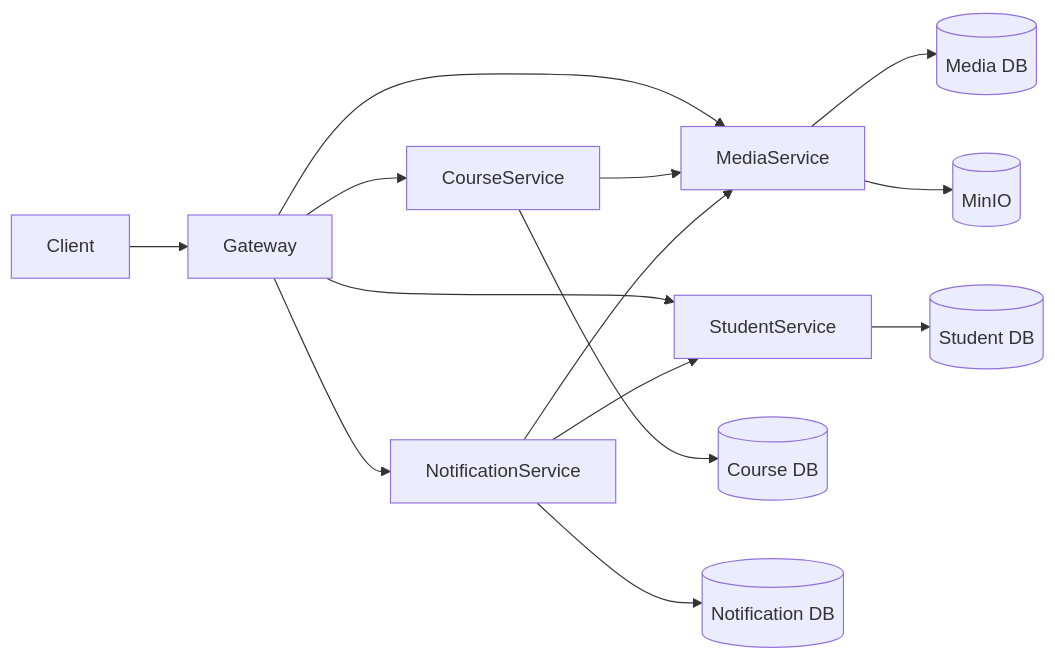
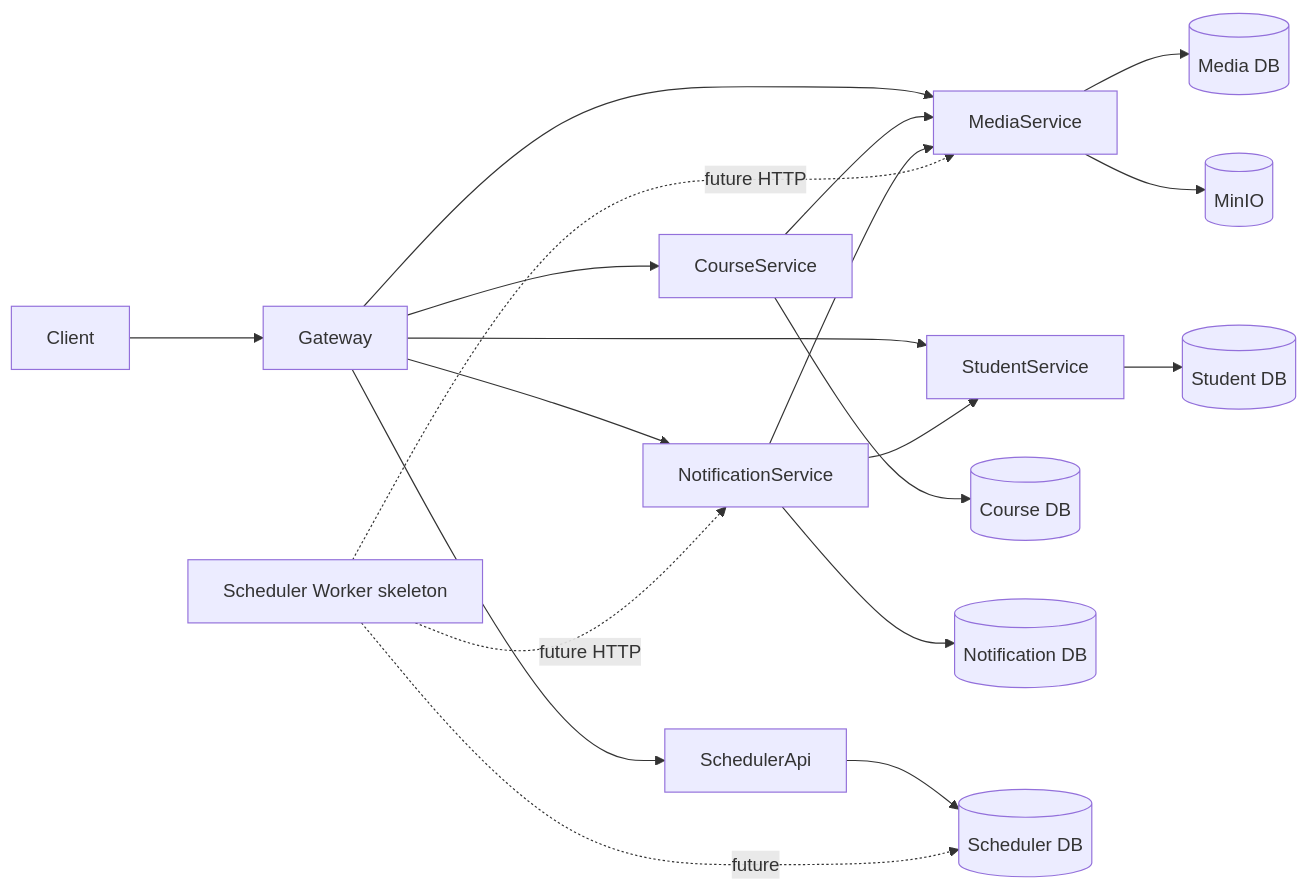
One commit to Minhduc7904/MiniProjectTrainingKaopiz changed the first of 4 diagrams in ducnm3/docs/architecture/uml.md. Above: the diagram before and after it, drawn with Mermaid. The commit also changed other lines of this file and 83 other files, not shown here.

First line of the commit message:
add Scheduler service and clean migration baseline

````diff
--- a/ducnm3/docs/architecture/uml.md
+++ b/ducnm3/docs/architecture/uml.md
@@ -7,20 +7,26 @@
 ```mermaid
 flowchart LR
     Client --> Gateway
     Gateway --> CourseService
     Gateway --> StudentService
     Gateway --> MediaService
     Gateway --> NotificationService
+    Gateway --> SchedulerApi
 
     CourseService --> CourseDB[(Course DB)]
     CourseService --> MediaService
 
     StudentService --> StudentDB[(Student DB)]
 
     MediaService --> MediaDB[(Media DB)]
     MediaService --> MinIO[(MinIO)]
 
     NotificationService --> NotificationDB[(Notification DB)]
     NotificationService --> StudentService
     NotificationService --> MediaService
+
+    SchedulerApi --> SchedulerDB[(Scheduler DB)]
+    SchedulerWorker[Scheduler Worker skeleton] -. future .-> SchedulerDB
+    SchedulerWorker -. future HTTP .-> NotificationService
+    SchedulerWorker -. future HTTP .-> MediaService
 ```
````
